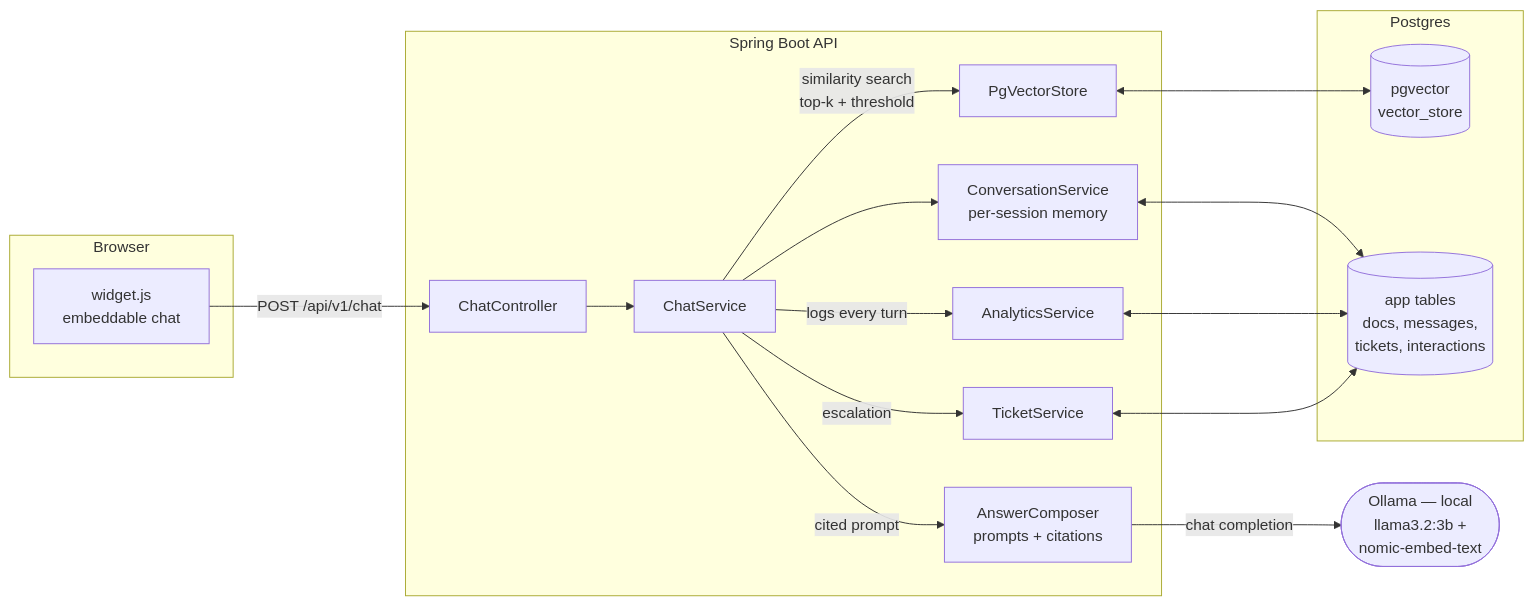
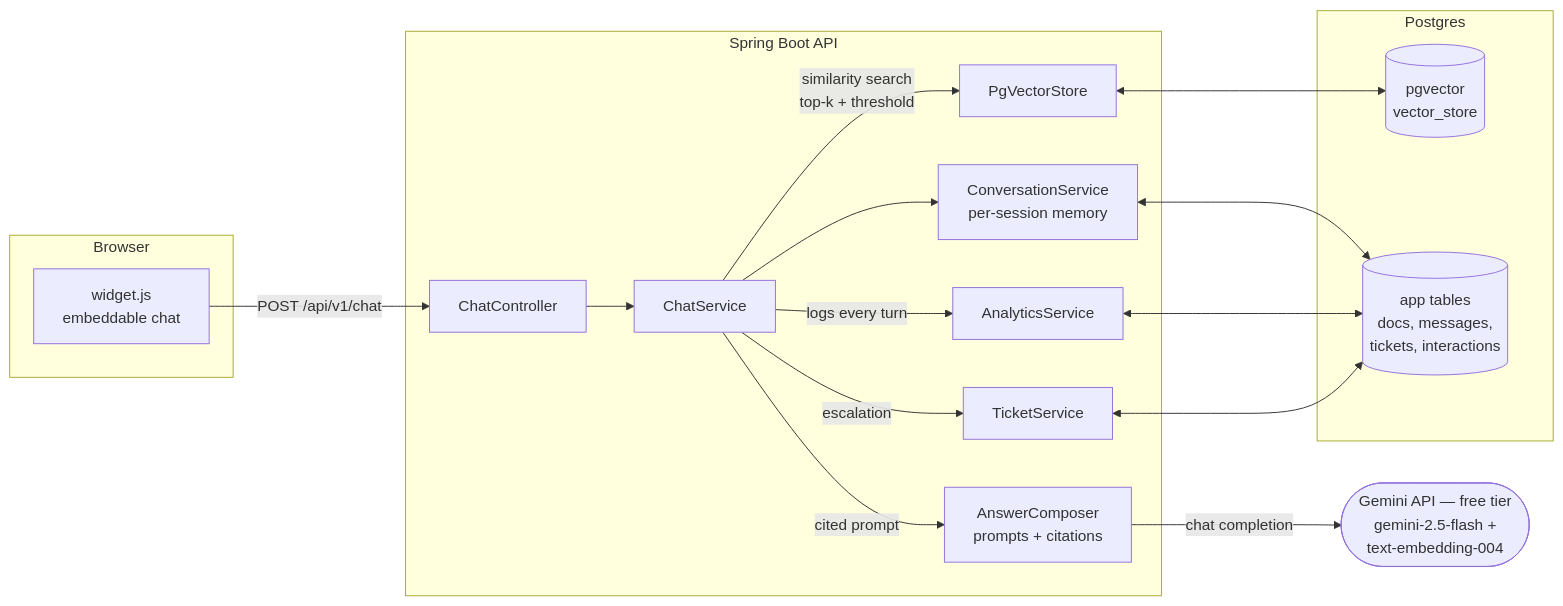
One commit to vbhardw4/docpilot changed the diagram in README.md. Above: the diagram before and after it, drawn with Mermaid. The commit also changed other lines of this file and 8 other files, not shown here.

First line of the commit message:
Migrate DocPilot from local Ollama to Gemini free-tier API

````diff
--- a/README.md
+++ b/README.md
@@ -14,33 +15,33 @@
 ```mermaid
 flowchart LR
     subgraph Browser
         W[widget.js<br/>embeddable chat]
     end
     subgraph "Spring Boot API"
         CC[ChatController]
         CS[ChatService]
         AC[AnswerComposer<br/>prompts + citations]
         VS[PgVectorStore]
         CM[ConversationService<br/>per-session memory]
         AN[AnalyticsService]
         TI[TicketService]
     end
     subgraph Postgres
         PG[(pgvector<br/>vector_store)]
         APP[(app tables<br/>docs, messages,<br/>tickets, interactions)]
     end
-    LLM([Ollama — local<br/>llama3.2:3b +<br/>nomic-embed-text])
+    LLM([Gemini API — free tier<br/>gemini-2.5-flash +<br/>text-embedding-004])
 
     W -->|POST /api/v1/chat| CC
     CC --> CS
     CS -->|similarity search<br/>top-k + threshold| VS
     VS <--> PG
     CS -->|cited prompt| AC
     AC -->|chat completion| LLM
     CS --> CM
     CM <--> APP
     CS -->|logs every turn| AN
     AN <--> APP
     CS -->|escalation| TI
     TI <--> APP
 ```
````
